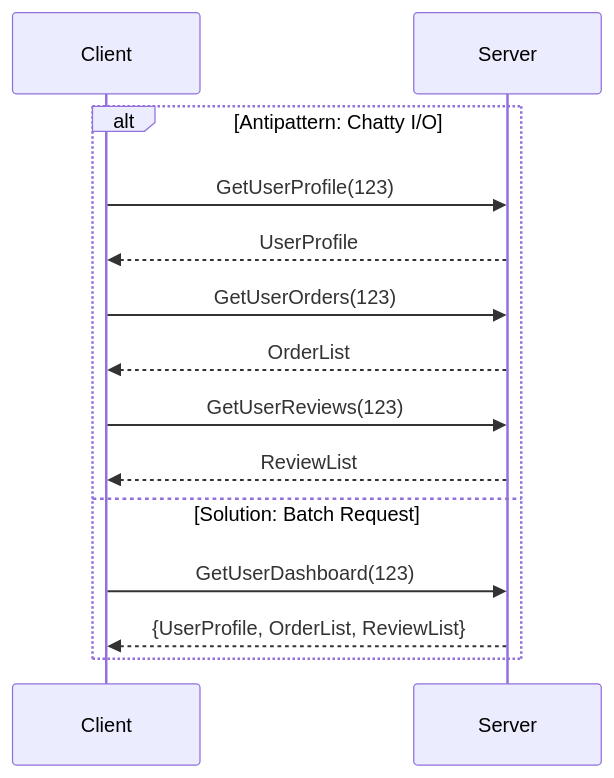
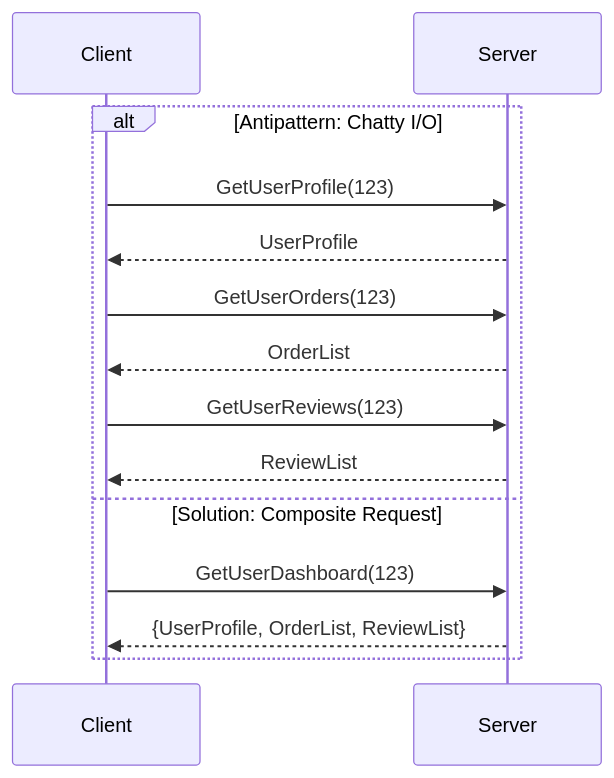
One commit to bmeurant/technical-docs changed the first of 3 diagrams in software-architecture/system-design-patterns/system-performance.md. Above: the diagram before and after it, drawn with Mermaid. The commit also changed other lines of this file, not shown here.

Commit message:
docs(software-architecture): handle Batch Processing topic

````diff
--- a/software-architecture/system-design-patterns/system-performance.md
+++ b/software-architecture/system-design-patterns/system-performance.md
@@ -122,17 +122,17 @@
 ```mermaid
 sequenceDiagram
     participant C as Client
     participant S as Server
 
     alt Antipattern: Chatty I/O
         C->>S: GetUserProfile(123)
         S-->>C: UserProfile
         C->>S: GetUserOrders(123)
         S-->>C: OrderList
         C->>S: GetUserReviews(123)
         S-->>C: ReviewList
-    else Solution: Batch Request
+    else Solution: Composite Request
         C->>S: GetUserDashboard(123)
         S-->>C: {UserProfile, OrderList, ReviewList}
     end
 ```
````
